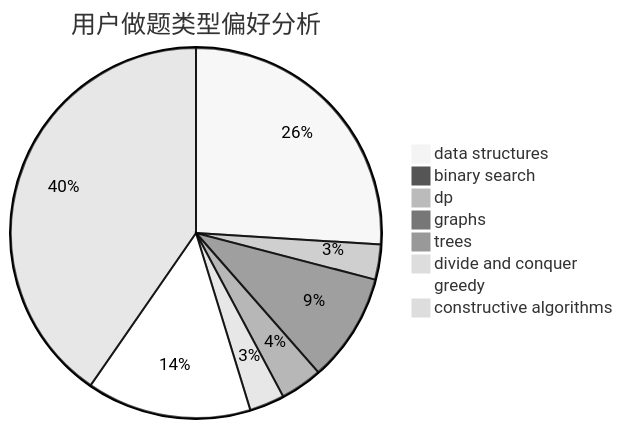
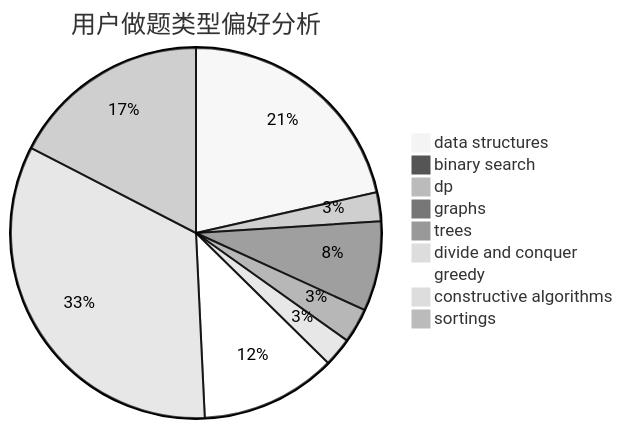
Before and after one commit to sherpahu/cfrs.github.io: the second of 3 diagrams in docs/user/u790.md, drawn with Mermaid (neutral theme). The commit also changed other lines of this file and 2769 other files, not shown here.

````diff
--- a/docs/user/u790.md
+++ b/docs/user/u790.md
@@ -23,11 +18,12 @@
 ```mermaid
 pie title 用户做题类型偏好分析
     "data structures" :  85
     "binary search" :  0
     "dp" :  10
     "graphs" :  31
     "trees" :  12
     "divide and conquer" :  10
     "greedy" :  47
     "constructive algorithms" :  132
+    "sortings" :  69
 ```
````
